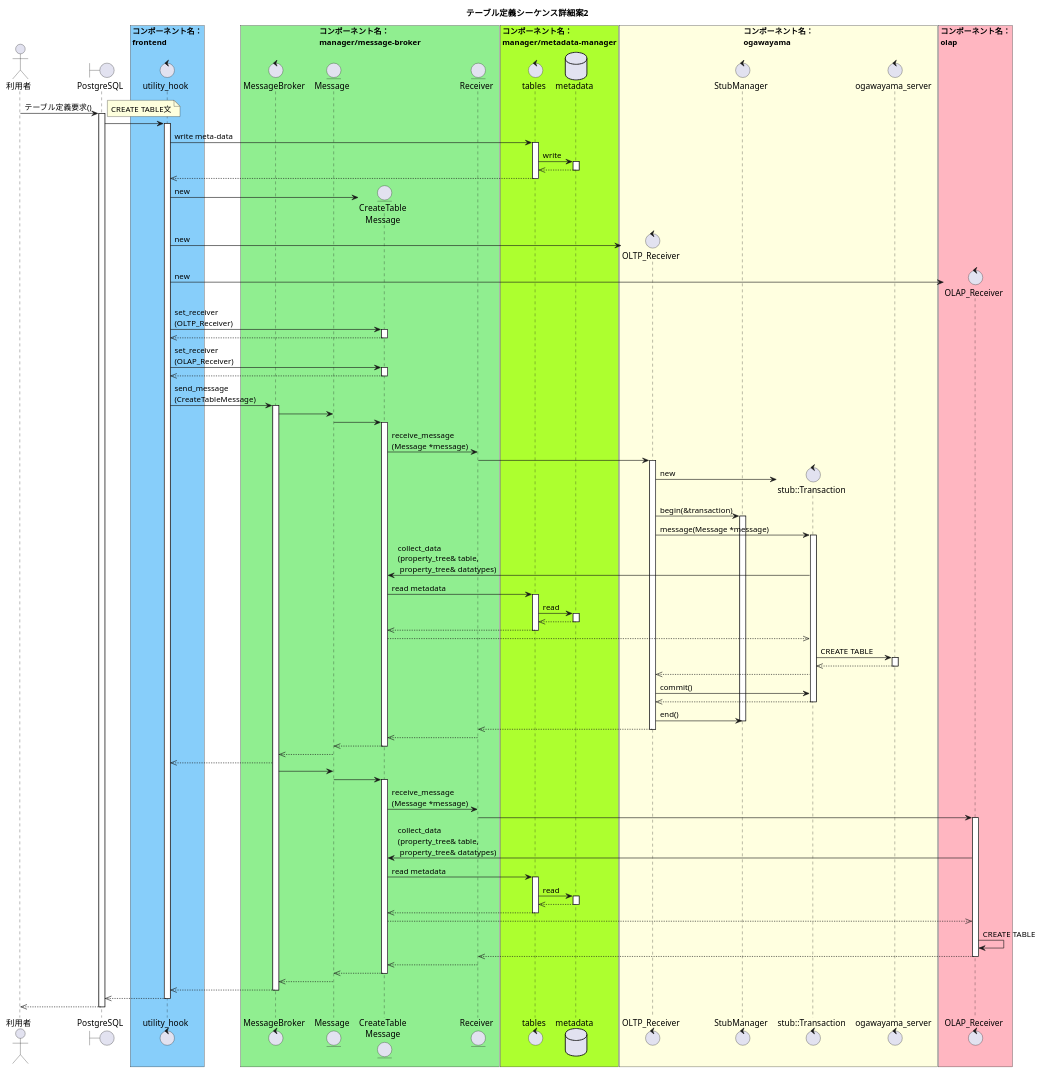
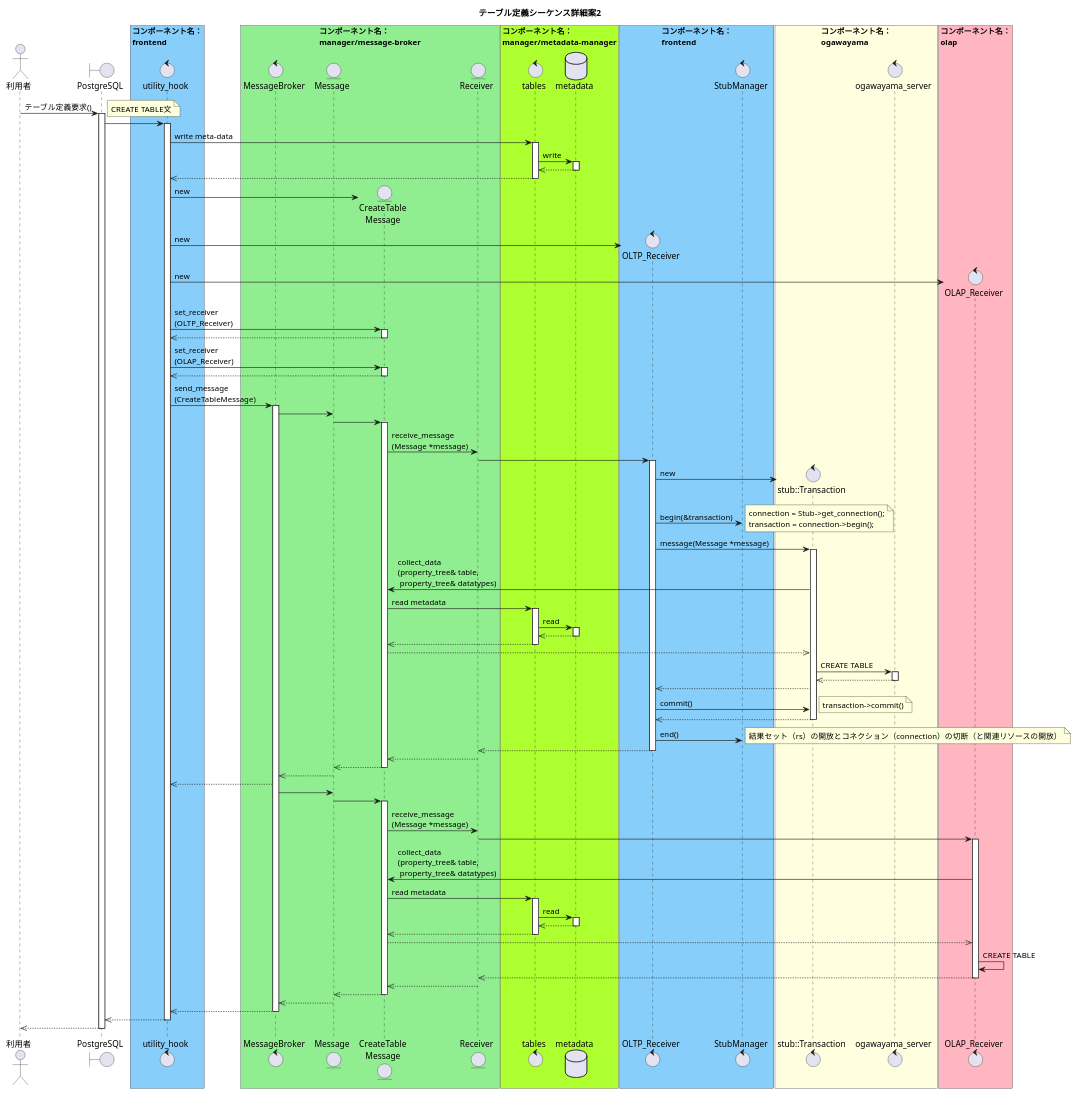
The third of 3 diagrams in docs/design/img/CREATE_TABLE_detail.pu (project-tsurugi/tsurugi_fdw), drawn with PlantUML before and after one commit. The commit also changed other lines of this file and 7 other files, not shown here.

Commit message:
Add discription of sequence diagram and Fix sequence diagram

```diff
--- a/docs/design/img/CREATE_TABLE_detail.pu
+++ b/docs/design/img/CREATE_TABLE_detail.pu
@@ -311,148 +318,159 @@
 @startuml テーブル定義シーケンス詳細案2
 
 title テーブル定義シーケンス詳細案2
 
 actor 利用者
 boundary PostgreSQL
 
 box "コンポーネント名：\nfrontend" #LightSkyBlue
 control utility_hook
 end box
 
 box "コンポーネント名：\nmanager/message-broker" #LightGreen
 control MessageBroker
 entity Message
 entity "CreateTable\nMessage" as concrete_message
 entity Receiver
 end box
 
 box "コンポーネント名：\nmanager/metadata-manager" #GreenYellow
 control tables
 database metadata
 end box
 
-box "コンポーネント名：\nogawayama" #LightYellow
+box "コンポーネント名：\nfrontend" #LightSkyBlue
 control "OLTP_Receiver" as oltp_receiver
 control StubManager
+end box
+
+box "コンポーネント名：\nogawayama" #LightYellow
 control "stub::Transaction" as tran
 control ogawayama_server
 end box
 
 box "コンポーネント名：\nolap" #LightPink
 control "OLAP_Receiver" as olap_receiver
 end box
 
 
 利用者 -> PostgreSQL : テーブル定義要求()
 activate PostgreSQL
 note right
 CREATE TABLE文
 end note
 
 PostgreSQL -> utility_hook
 activate utility_hook
   ' write meta-data
   utility_hook -> tables : write meta-data
   activate tables
     tables -> metadata : write
     activate metadata
     tables <<-- metadata
     deactivate metadata
     utility_hook <<-- tables
   deactivate tables
 
   ' create objects
   create concrete_message
   utility_hook -> concrete_message : new
   create oltp_receiver
   utility_hook -> oltp_receiver : new
   create olap_receiver
   utility_hook -> olap_receiver : new
 
   ' set receiver
   utility_hook -> concrete_message : set_receiver\n(OLTP_Receiver)
   activate concrete_message
     utility_hook <<-- concrete_message
   deactivate concrete_message
   utility_hook -> concrete_message : set_receiver\n(OLAP_Receiver)
   activate concrete_message
     utility_hook <<-- concrete_message
   deactivate concrete_message
 
   ' send message to MessageBroker
   utility_hook -> MessageBroker : send_message\n(CreateTableMessage)
   activate MessageBroker
 
   ' execute command
   MessageBroker -> Message
   Message -> concrete_message
   activate concrete_message
     concrete_message -> Receiver : receive_message\n(Message *message)
     Receiver -> oltp_receiver
 
   ' begin transaction
   create tran
   activate oltp_receiver
   oltp_receiver -> tran : new
   oltp_receiver -> StubManager : begin(&transaction)
-  activate StubManager
+  note right
+  connection = Stub->get_connection();
+  transaction = connection->begin();
+  end note
   oltp_receiver -> tran : message(Message *message)
   activate tran
     tran -> concrete_message : collect_data\n(property_tree& table,\n property_tree& datatypes)
     concrete_message -> tables : read metadata
       activate tables
       tables -> metadata : read
       activate metadata
       tables <<-- metadata
       deactivate metadata
       concrete_message <<-- tables
       deactivate tables
         tran <<-- concrete_message
         tran -> ogawayama_server : CREATE TABLE
           activate ogawayama_server
             tran <<-- ogawayama_server
           deactivate ogawayama_server
         oltp_receiver <<-- tran
         oltp_receiver -> tran : commit()
+        note right
+        transaction->commit()
+        end note
         oltp_receiver <<-- tran
       deactivate tran
     oltp_receiver -> StubManager : end()
-    deactivate StubManager
+    note right
+    結果セット（rs）の開放とコネクション（connection）の切断（と関連リソースの開放）
+    end note
     Receiver <<-- oltp_receiver
     deactivate oltp_receiver
     concrete_message <<-- Receiver
   Message <<-- concrete_message
   deactivate concrete_message
   MessageBroker <<-- Message
   utility_hook <<-- MessageBroker
   MessageBroker -> Message
   Message -> concrete_message
   activate concrete_message
     concrete_message -> Receiver : receive_message\n(Message *message)
     Receiver -> olap_receiver
     activate olap_receiver
       olap_receiver -> concrete_message: collect_data\n(property_tree& table,\n property_tree& datatypes)
       concrete_message -> tables: read metadata
       activate tables
       tables -> metadata : read
       activate metadata
       tables <<-- metadata
       deactivate metadata
       concrete_message <<-- tables
       deactivate tables
       olap_receiver <<-- concrete_message
       olap_receiver -> olap_receiver : CREATE TABLE
       Receiver <<-- olap_receiver
       deactivate olap_receiver
       concrete_message <<-- Receiver
   Message <<-- concrete_message
   deactivate concrete_message
   MessageBroker <<-- Message
   utility_hook <<-- MessageBroker
   deactivate MessageBroker
 PostgreSQL <<-- utility_hook
 deactivate utility_hook
 利用者 <<-- PostgreSQL
 deactivate PostgreSQL
 
 @enduml
```
